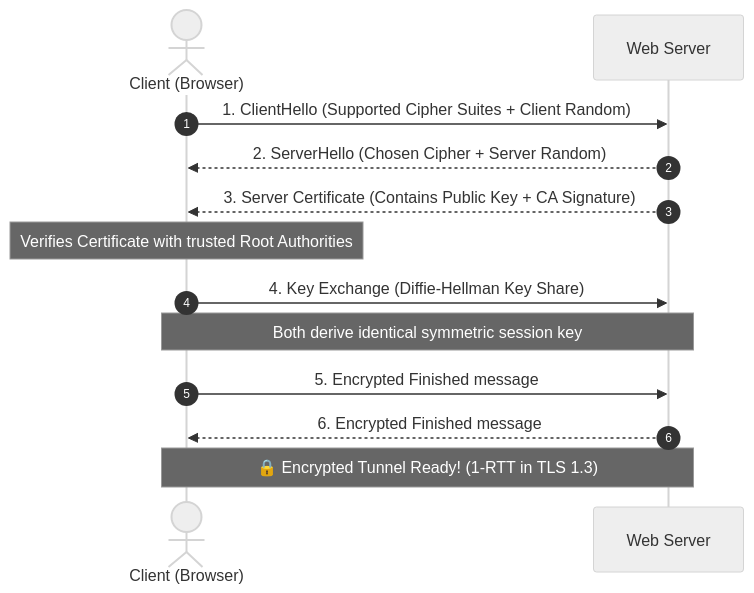
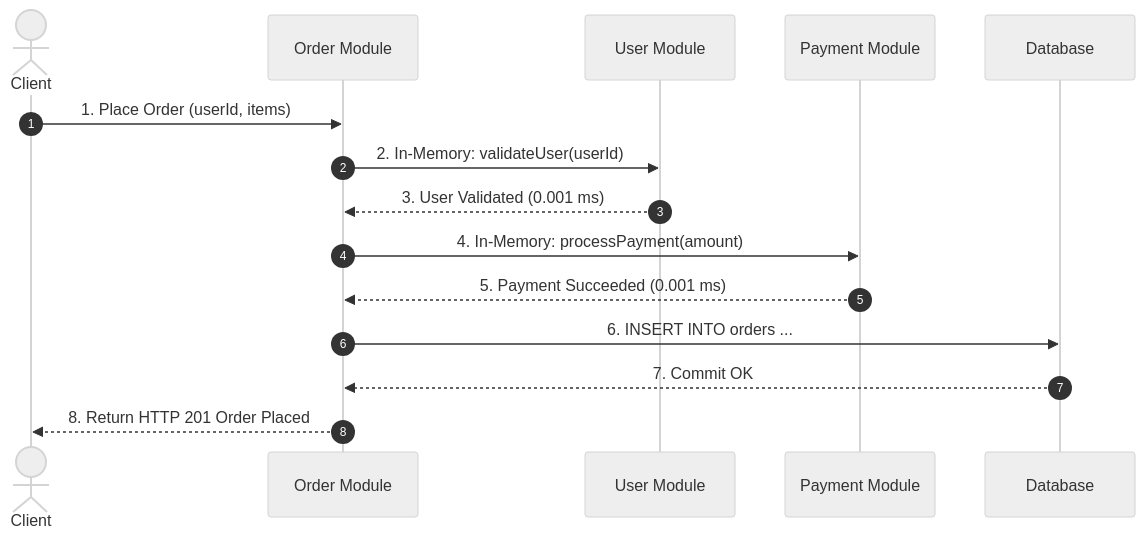
The fifth of 22 diagrams in README.md (Sujalkathait/high-level-design), drawn with Mermaid (neutral theme) before and after one commit. The commit also changed other lines of this file, not shown here.

Commit message:
docs: implement strict 22-section architectural framework across core HLD topics in simple English

````diff
--- a/README.md
+++ b/README.md
@@ -373,16 +183,18 @@
 ```mermaid
 sequenceDiagram
     autonumber
-    actor Client as Client (Browser)
-    participant Server as Web Server
+    actor Client
+    participant OrderMod as Order Module
+    participant UserMod as User Module
+    participant PayMod as Payment Module
+    participant DB as Database
 
-    Client->>Server: 1. ClientHello (Supported Cipher Suites + Client Random)
-    Server-->>Client: 2. ServerHello (Chosen Cipher + Server Random)
-    Server-->>Client: 3. Server Certificate (Contains Public Key + CA Signature)
-    Note over Client: Verifies Certificate with trusted Root Authorities
-    Client->>Server: 4. Key Exchange (Diffie-Hellman Key Share)
-    Note over Client,Server: Both derive identical symmetric session key
-    Client->>Server: 5. Encrypted Finished message
-    Server-->>Client: 6. Encrypted Finished message
-    Note over Client,Server: 🔒 Encrypted Tunnel Ready! (1-RTT in TLS 1.3)
+    Client->>OrderMod: 1. Place Order (userId, items)
+    OrderMod->>UserMod: 2. In-Memory: validateUser(userId)
+    UserMod-->>OrderMod: 3. User Validated (0.001 ms)
+    OrderMod->>PayMod: 4. In-Memory: processPayment(amount)
+    PayMod-->>OrderMod: 5. Payment Succeeded (0.001 ms)
+    OrderMod->>DB: 6. INSERT INTO orders ...
+    DB-->>OrderMod: 7. Commit OK
+    OrderMod-->>Client: 8. Return HTTP 201 Order Placed
 ```
````
